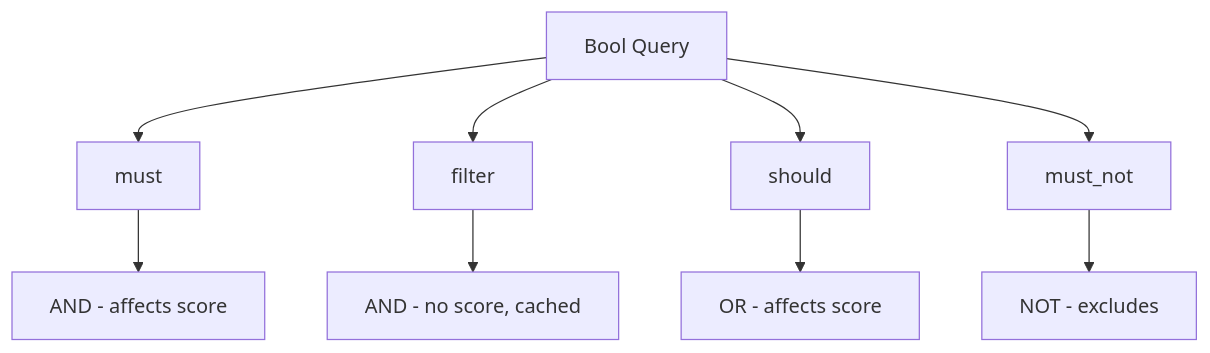
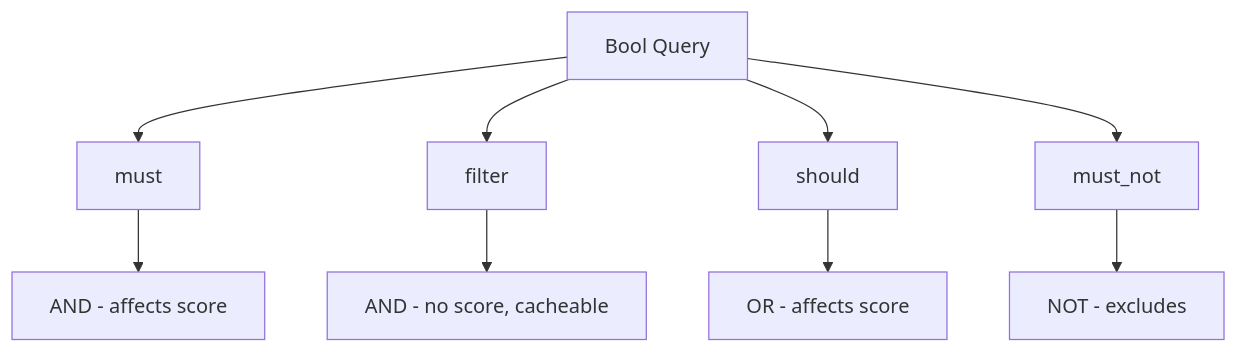
One commit to OneUptime/blog changed the first of 2 diagrams in posts/2025-12-19-combine-must-or-elasticsearch-bool-query/README.md. Above: the diagram before and after it, drawn with Mermaid. The commit also changed other lines of this file and 2 other files, not shown here.

````diff
--- a/posts/2025-12-19-combine-must-or-elasticsearch-bool-query/README.md
+++ b/posts/2025-12-19-combine-must-or-elasticsearch-bool-query/README.md
@@ -15,12 +15,12 @@
 ```mermaid
 flowchart TD
     A[Bool Query] --> B[must]
     A --> C[filter]
     A --> D[should]
     A --> E[must_not]
 
     B --> B1["AND - affects score"]
-    C --> C1["AND - no score, cached"]
+    C --> C1["AND - no score, cacheable"]
     D --> D1["OR - affects score"]
     E --> E1["NOT - excludes"]
 ```
````
